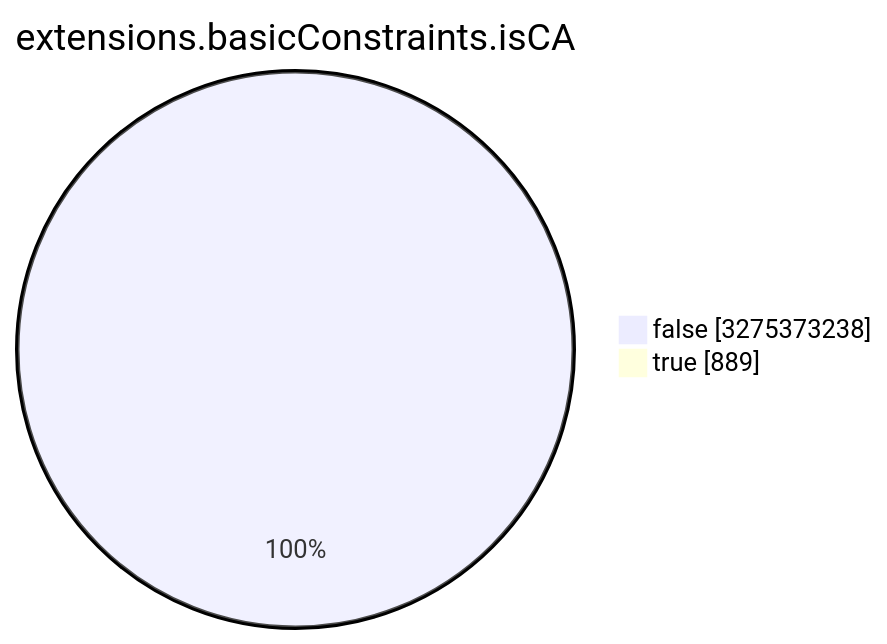
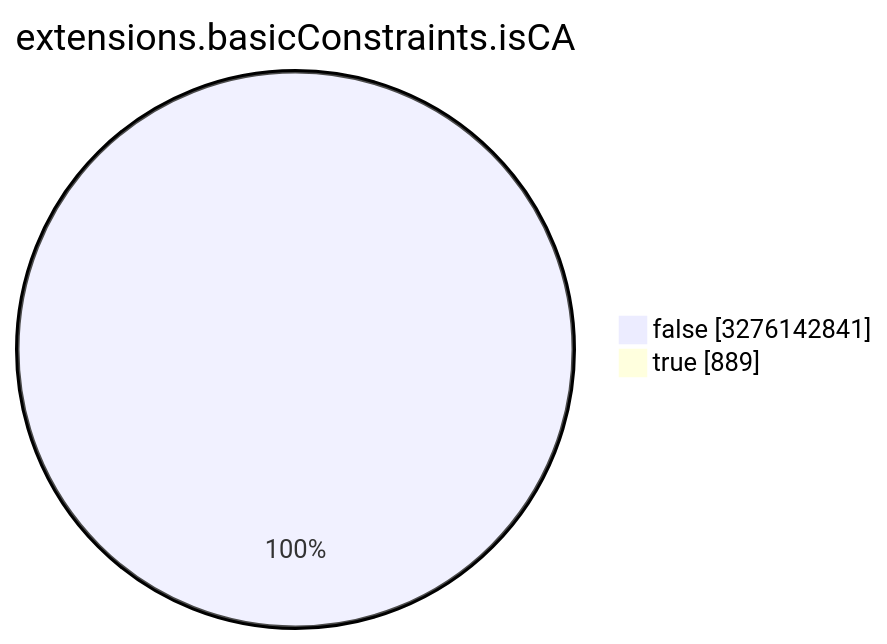
One commit to christiankrug/ctmonitor_visualization changed the seventh of 15 diagrams in TOTAL/README.md. Above: the diagram before and after it, drawn with Mermaid. The commit also changed other lines of this file, not shown here.

````diff
--- a/TOTAL/README.md
+++ b/TOTAL/README.md
@@ -3089,6 +3089,6 @@
 ```mermaid
 pie showData
 title extensions.basicConstraints.isCA
-"false" :3275373238
+"false" :3276142841
 "true" :889
 ```
````
